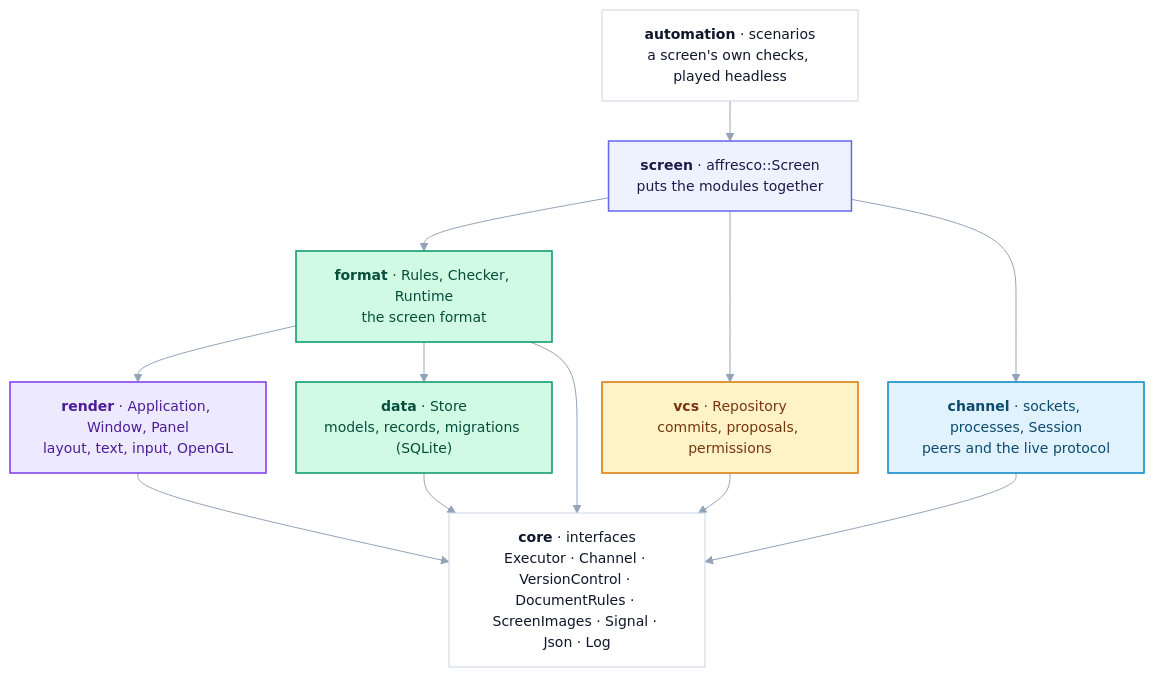
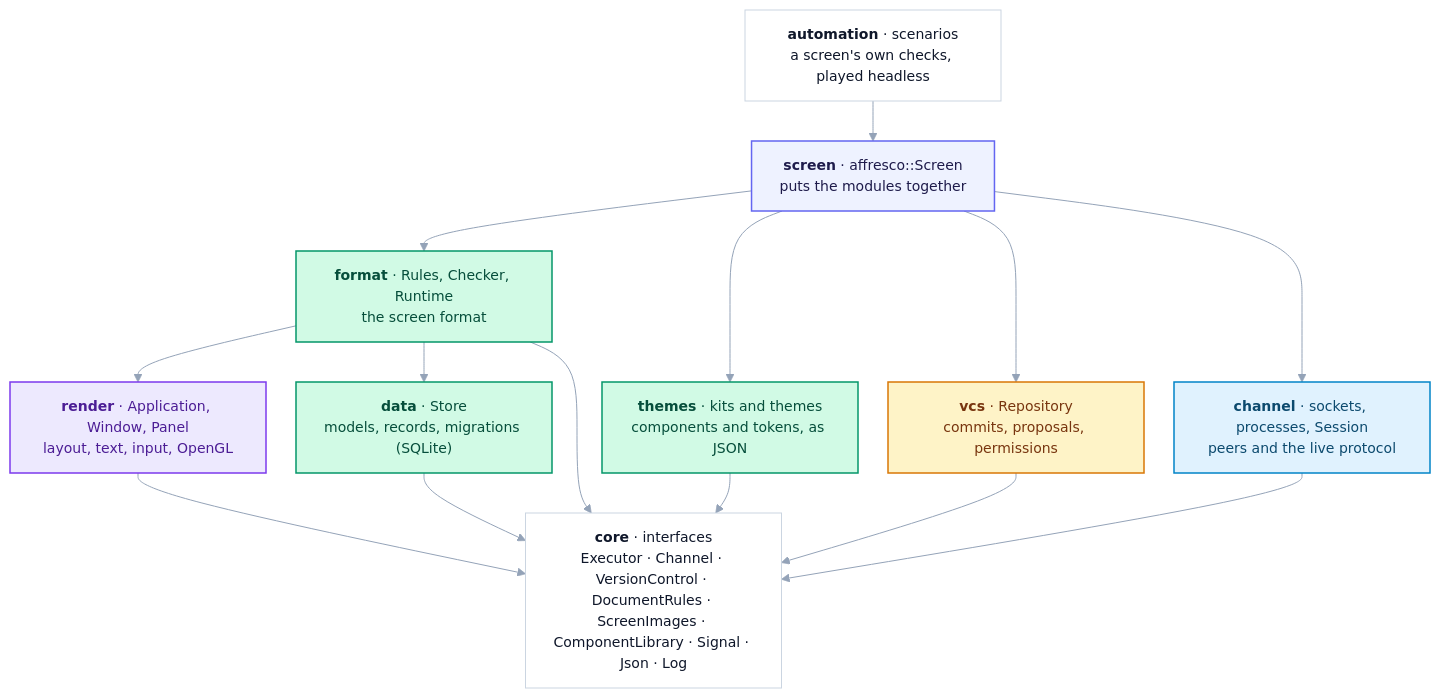
The first of 3 diagrams in ARCHITECTURE.md (RiccardoSottini/AffrescoUI), drawn with Mermaid before and after one commit. The commit also changed other lines of this file and 948 other files, not shown here.

First line of the commit message:
[cleanup-general-library] AffrescoUI as a browser: apps are folders of files, kits and themes in their own layer, general services (#68)

````diff
--- a/ARCHITECTURE.md
+++ b/ARCHITECTURE.md
@@ -19,32 +35,34 @@
 ```mermaid
 %%{init: {"theme": "base", "flowchart": {"nodeSpacing": 30, "rankSpacing": 40, "padding": 14}, "themeVariables": {"fontFamily": "Helvetica, Arial, sans-serif", "fontSize": "14px", "lineColor": "#94A3B8", "primaryTextColor": "#0F172A", "edgeLabelBackground": "#FFFFFF"}}}%%
 flowchart TB
     automation["<b>automation</b> · scenarios<br/>a screen's own checks, played headless"]
     screen["<b>screen</b> · affresco::Screen<br/>puts the modules together"]
     format["<b>format</b> · Rules, Checker, Runtime<br/>the screen format"]
+    themes["<b>themes</b> · kits and themes<br/>components and tokens, as JSON"]
     data["<b>data</b> · Store<br/>models, records, migrations (SQLite)"]
     vcs["<b>vcs</b> · Repository<br/>commits, proposals, permissions"]
     channel["<b>channel</b> · sockets, processes, Session<br/>peers and the live protocol"]
     render["<b>render</b> · Application, Window, Panel<br/>layout, text, input, OpenGL"]
-    core["<b>core</b> · interfaces<br/>Executor · Channel · VersionControl · DocumentRules · ScreenImages · Signal · Json · Log"]
+    core["<b>core</b> · interfaces<br/>Executor · Channel · VersionControl · DocumentRules · ScreenImages · ComponentLibrary · Signal · Json · Log"]
 
     automation --> screen
-    screen --> format & vcs & channel
+    screen --> format & themes & vcs & channel
     format --> render & data
-    format & vcs & channel & render & data --> core
+    format & themes & vcs & channel & render & data --> core
 
     classDef root fill:#EEF2FF,stroke:#6366F1,stroke-width:1.5px,color:#1E1B4B
     classDef c_channel fill:#E0F2FE,stroke:#0284C7,stroke-width:1.5px,color:#0C4A6E
     classDef c_vcs fill:#FEF3C7,stroke:#D97706,stroke-width:1.5px,color:#78350F
     classDef c_format fill:#D1FAE5,stroke:#059669,stroke-width:1.5px,color:#064E3B
     classDef c_render fill:#EDE9FE,stroke:#7C3AED,stroke-width:1.5px,color:#4C1D95
     classDef c_core fill:#FFFFFF,stroke:#CBD5E1,stroke-width:1px,color:#0F172A
     class screen root
     class automation c_core
     class channel c_channel
     class vcs c_vcs
     class format c_format
     class data c_format
+    class themes c_format
     class render c_render
     class core c_core
 ```
````
